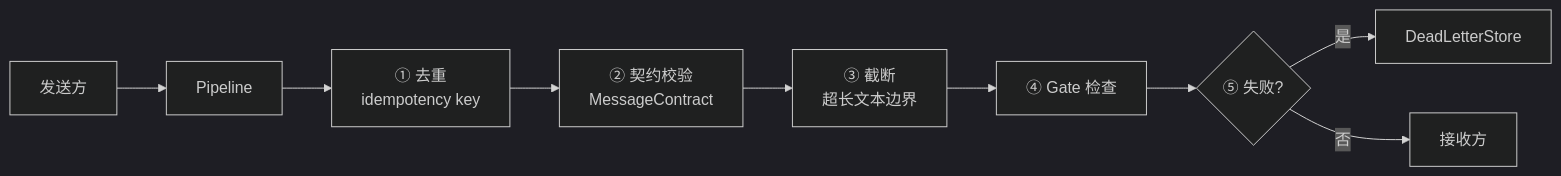
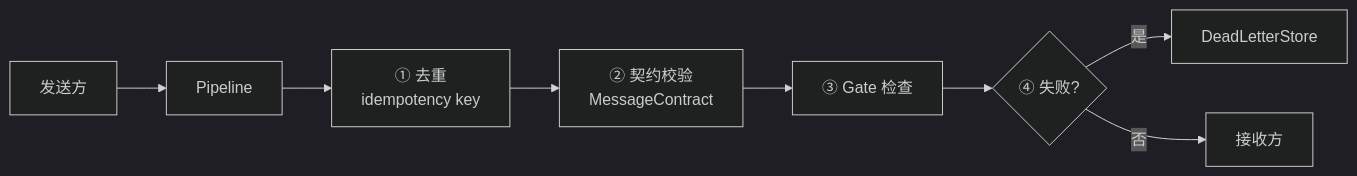
Before and after one commit to limenagent/prodagent: the diagram in docs/book/ch10.md, drawn with Mermaid (dark theme). The commit also changed other lines of this file and 76 other files, not shown here.

````diff
--- a/docs/book/ch10.md
+++ b/docs/book/ch10.md
@@ -124,11 +89,10 @@
 ```mermaid
 graph LR
     SENDER["发送方"] --> PIPE["Pipeline"]
     PIPE --> DEDUP["① 去重<br/>idempotency key"]
     DEDUP --> CONTRACT["② 契约校验<br/>MessageContract"]
-    CONTRACT --> TRIM["③ 截断<br/>超长文本边界"]
-    TRIM --> GATE["④ Gate 检查"]
-    GATE --> DLQ{"⑤ 失败?"}
+    CONTRACT --> GATE["③ Gate 检查"]
+    GATE --> DLQ{"④ 失败?"}
     DLQ -->|是| DEAD["DeadLetterStore"]
     DLQ -->|否| RECEIVER["接收方"]
 ```
````
